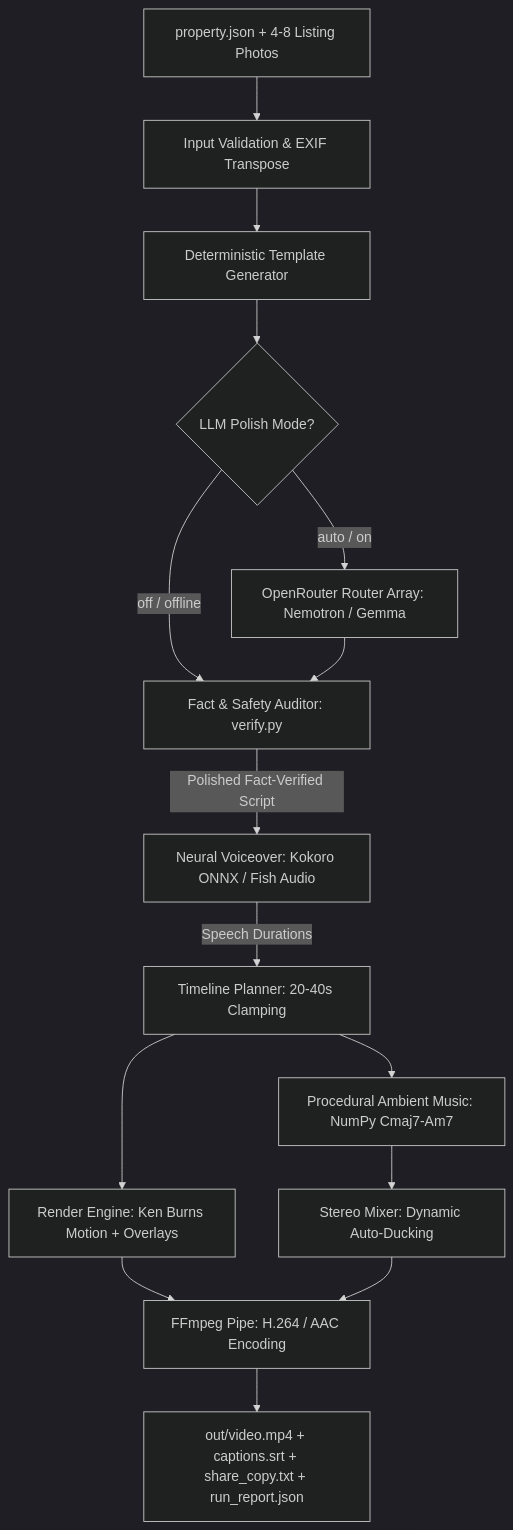
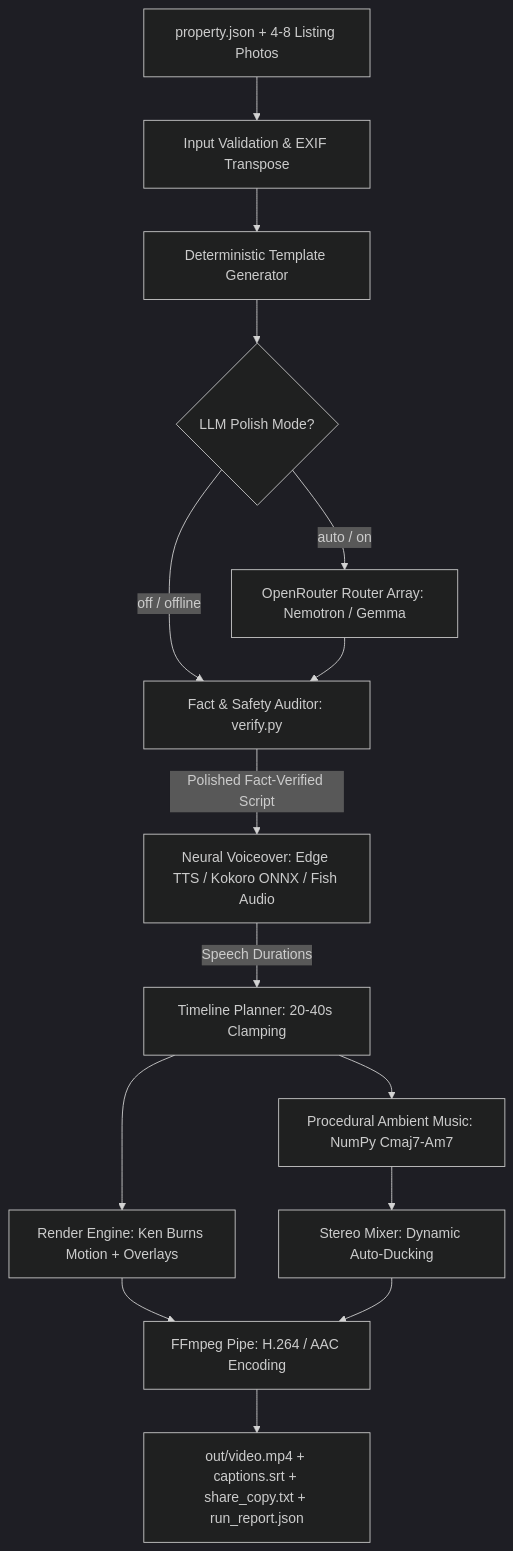
The diagram in README.md (pranavbassishrey/Propvid), drawn with Mermaid (dark theme) before and after one commit. The commit also changed other lines of this file, not shown here.

Commit message:
docs(readme): document Edge TTS ultra-fast voiceover options and update diagram

````diff
--- a/README.md
+++ b/README.md
@@ -50,17 +50,17 @@
 ```mermaid
 flowchart TD
     A[property.json + 4-8 Listing Photos] --> B[Input Validation & EXIF Transpose]
     B --> C[Deterministic Template Generator]
     C --> D{LLM Polish Mode?}
     D -- off / offline --> F[Fact & Safety Auditor: verify.py]
     D -- auto / on --> E[OpenRouter Router Array: Nemotron / Gemma]
     E --> F
-    F -->|Polished Fact-Verified Script| G[Neural Voiceover: Kokoro ONNX / Fish Audio]
+    F -->|Polished Fact-Verified Script| G[Neural Voiceover: Edge TTS / Kokoro ONNX / Fish Audio]
     G -->|Speech Durations| H[Timeline Planner: 20-40s Clamping]
     H --> I[Procedural Ambient Music: NumPy Cmaj7-Am7]
     I --> J[Stereo Mixer: Dynamic Auto-Ducking]
     H --> K[Render Engine: Ken Burns Motion + Overlays]
     K --> L[FFmpeg Pipe: H.264 / AAC Encoding]
     J --> L
     L --> M[out/video.mp4 + captions.srt + share_copy.txt + run_report.json]
 ```
````
